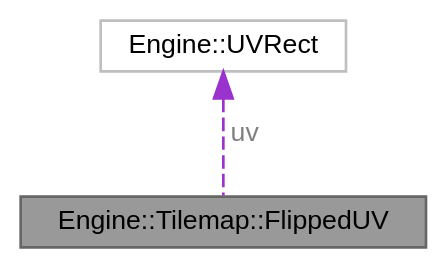
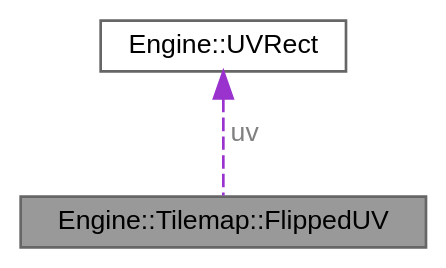
Before and after one commit to BrettWolfinger/GameEngine: the diagram in api/structEngine_1_1Tilemap_1_1FlippedUV__coll__graph.dot, drawn with Graphviz. The commit also changed 11 other files, not shown here.

```diff
--- a/api/structEngine_1_1Tilemap_1_1FlippedUV__coll__graph.dot
+++ b/api/structEngine_1_1Tilemap_1_1FlippedUV__coll__graph.dot
@@ -1,10 +1,10 @@
 digraph "Engine::Tilemap::FlippedUV"
 {
  // LATEX_PDF_SIZE
   bgcolor="transparent";
   edge [fontname=Helvetica,fontsize=10,labelfontname=Helvetica,labelfontsize=10];
   node [fontname=Helvetica,fontsize=10,shape=box,height=0.2,width=0.4];
   Node1 [id="Node000001",label="Engine::Tilemap::FlippedUV",height=0.2,width=0.4,color="gray40", fillcolor="grey60", style="filled", fontcolor="black",tooltip="Result of applying TMX flip flags to a UV rect."];
   Node2 -> Node1 [id="edge1_Node000001_Node000002",dir="back",color="darkorchid3",style="dashed",tooltip=" ",label=" uv",fontcolor="grey" ];
-  Node2 [id="Node000002",label="Engine::UVRect",height=0.2,width=0.4,color="grey75", fillcolor="white", style="filled",URL="$structEngine_1_1UVRect.html",tooltip=" "];
+  Node2 [id="Node000002",label="Engine::UVRect",height=0.2,width=0.4,color="gray40", fillcolor="white", style="filled",URL="$structEngine_1_1UVRect.html",tooltip=" "];
 }
```
